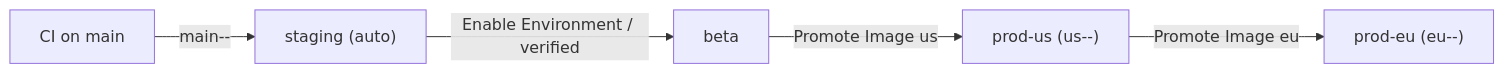
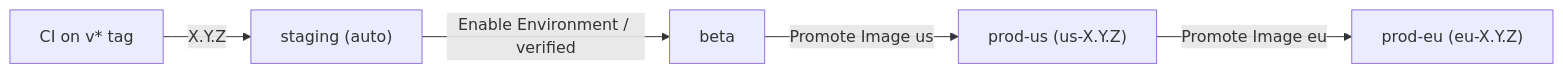
Before and after one commit to duynhlab/backstage: the second of 2 diagrams in docs/environments.md, drawn with Mermaid. The commit also changed other lines of this file and 7 other files, not shown here.

````diff
--- a/docs/environments.md
+++ b/docs/environments.md
@@ -63,7 +63,7 @@
 ```mermaid
 flowchart LR
-    CI["CI on main"] -->|"main-<n>-<sha>"| Stg["staging (auto)"]
+    CI["CI on v* tag"] -->|"X.Y.Z"| Stg["staging (auto)"]
     Stg -->|"Enable Environment / verified"| Beta["beta"]
-    Beta -->|"Promote Image us"| US["prod-us (us-<n>-<sha>)"]
-    US -->|"Promote Image eu"| EU["prod-eu (eu-<n>-<sha>)"]
+    Beta -->|"Promote Image us"| US["prod-us (us-X.Y.Z)"]
+    US -->|"Promote Image eu"| EU["prod-eu (eu-X.Y.Z)"]
 ```
````
